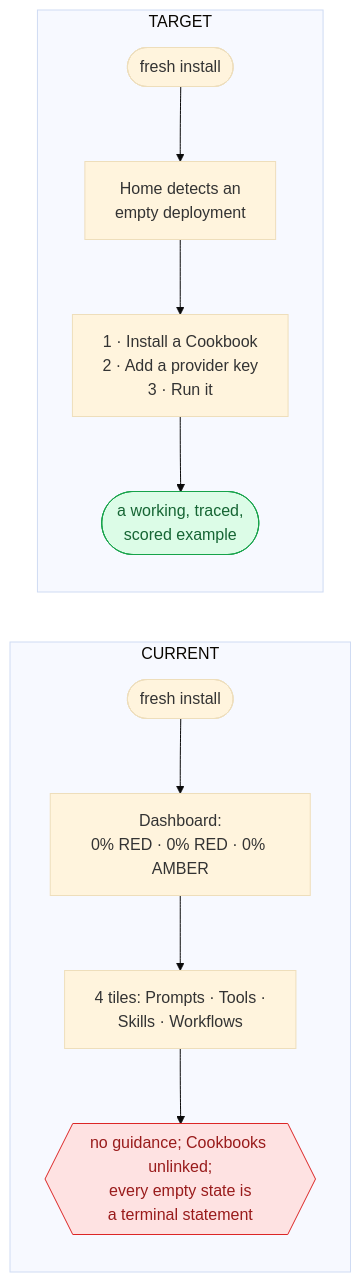
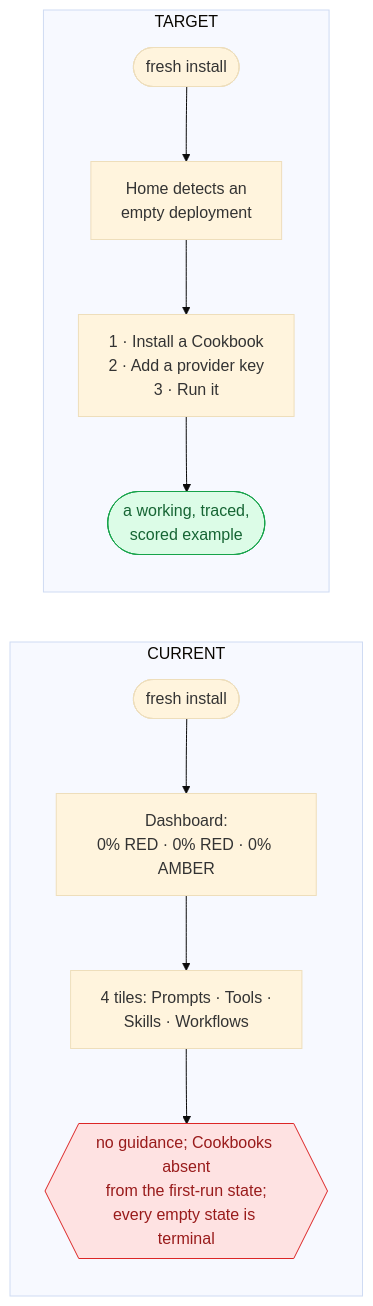
Diagram 13 of 15 in ux-analysis-report.md (rrahimi-uci/caliber-suite), drawn with Mermaid (base theme) before and after one commit. The commit also changed other lines of this file, not shown here.

````diff
--- a/ux-analysis-report.md
+++ b/ux-analysis-report.md
@@ -2257,17 +2309,17 @@
 ```mermaid
 flowchart LR
   subgraph C3["CURRENT"]
     x1(["fresh install"]) --> x2["Dashboard:<br/>0% RED · 0% RED · 0% AMBER"]
     x2 --> x3["4 tiles: Prompts · Tools ·<br/>Skills · Workflows"]
-    x3 --> x4{{"no guidance; Cookbooks unlinked;<br/>every empty state is<br/>a terminal statement"}}
+    x3 --> x4{{"no guidance; Cookbooks absent<br/>from the first-run state;<br/>every empty state is terminal"}}
   end
   subgraph T3["TARGET"]
     y1(["fresh install"]) --> y2["Home detects an<br/>empty deployment"]
     y2 --> y3["1 · Install a Cookbook<br/>2 · Add a provider key<br/>3 · Run it"]
     y3 --> y4(["a working, traced,<br/>scored example"])
   end
   classDef bad fill:#fee2e2,stroke:#dc2626,color:#991b1b
   classDef good fill:#dcfce7,stroke:#16a34a,color:#166534
   class x4 bad
   class y4 good
 ```
````
